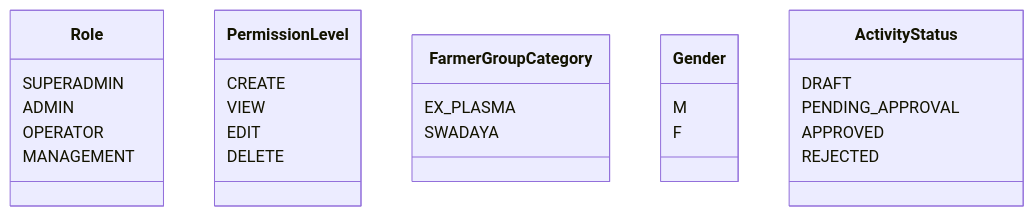
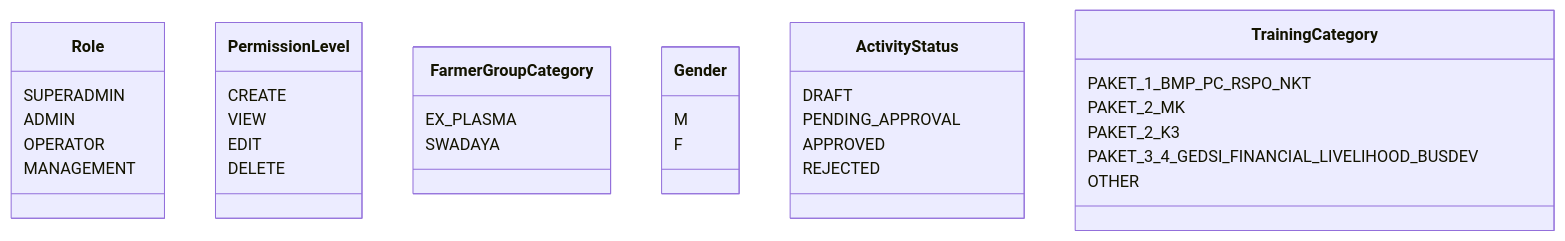
Before and after one commit to WRI-Indonesia/mis-smallholder-hub: the third of 9 diagrams in docs/database-schema.md, drawn with Mermaid. The commit also changed other lines of this file and 2 other files, not shown here.

First line of the commit message:
docs: enhance database schema documentation with P0 critical sections

````diff
--- a/docs/database-schema.md
+++ b/docs/database-schema.md
@@ -238,33 +406,41 @@
 ```mermaid
 classDiagram
     class Role {
         SUPERADMIN
         ADMIN
         OPERATOR
         MANAGEMENT
     }
 
     class PermissionLevel {
         CREATE
         VIEW
         EDIT
         DELETE
     }
 
     class FarmerGroupCategory {
         EX_PLASMA
         SWADAYA
     }
 
     class Gender {
         M
         F
     }
 
     class ActivityStatus {
         DRAFT
         PENDING_APPROVAL
         APPROVED
         REJECTED
     }
+
+    class TrainingCategory {
+        PAKET_1_BMP_PC_RSPO_NKT
+        PAKET_2_MK
+        PAKET_2_K3
+        PAKET_3_4_GEDSI_FINANCIAL_LIVELIHOOD_BUSDEV
+        OTHER
+    }
 ```
````
